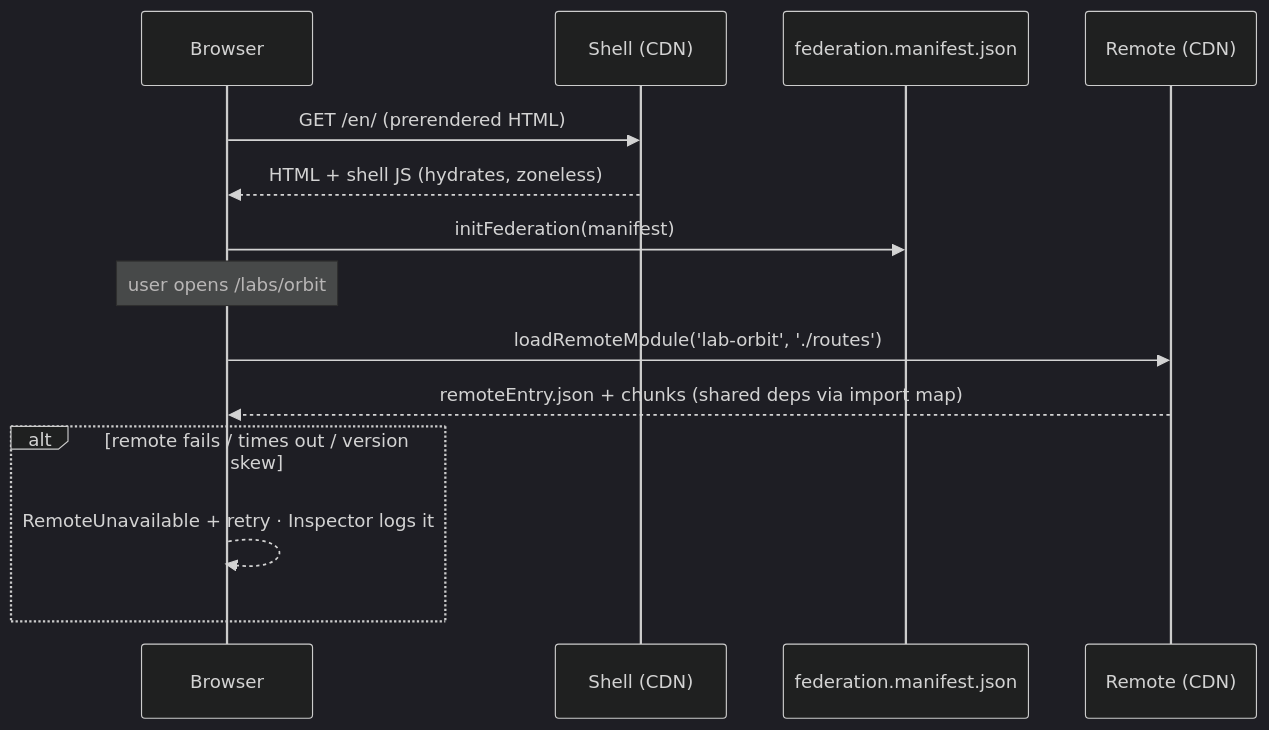
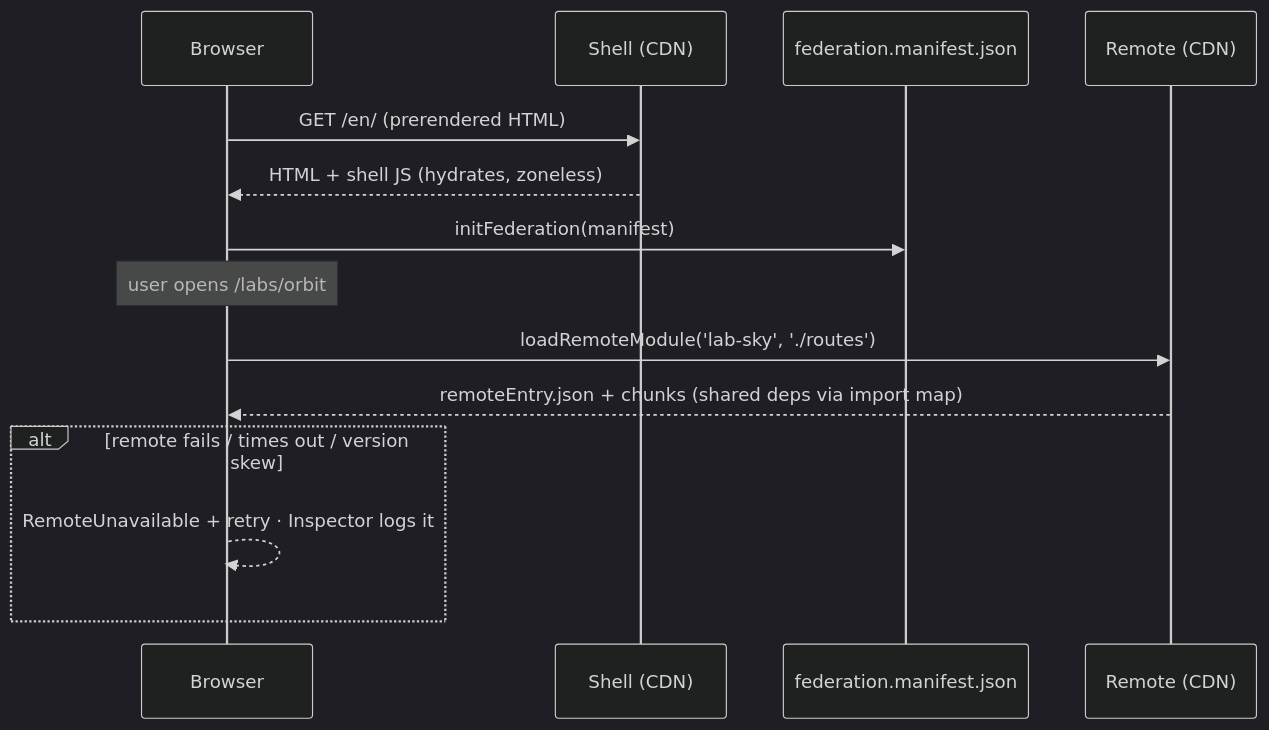
One commit to AHrichi/hrichi-platform changed the third of 4 diagrams in docs/architecture.md. Above: the diagram before and after it, drawn with Mermaid (dark theme). The commit also changed other lines of this file and 79 other files, not shown here.

First line of the commit message:
feat: the Orbit API becomes the Sky lab's night planner

````diff
--- a/docs/architecture.md
+++ b/docs/architecture.md
@@ -321,16 +319,16 @@
 ```mermaid
 sequenceDiagram
   participant B as Browser
   participant S as Shell (CDN)
   participant M as federation.manifest.json
   participant R as Remote (CDN)
   B->>S: GET /en/ (prerendered HTML)
   S-->>B: HTML + shell JS (hydrates, zoneless)
   B->>M: initFederation(manifest)
   Note over B: user opens /labs/orbit
-  B->>R: loadRemoteModule('lab-orbit', './routes')
+  B->>R: loadRemoteModule('lab-sky', './routes')
   R-->>B: remoteEntry.json + chunks (shared deps via import map)
   alt remote fails / times out / version skew
     B-->>B: RemoteUnavailable + retry · Inspector logs it
   end
 ```
````
